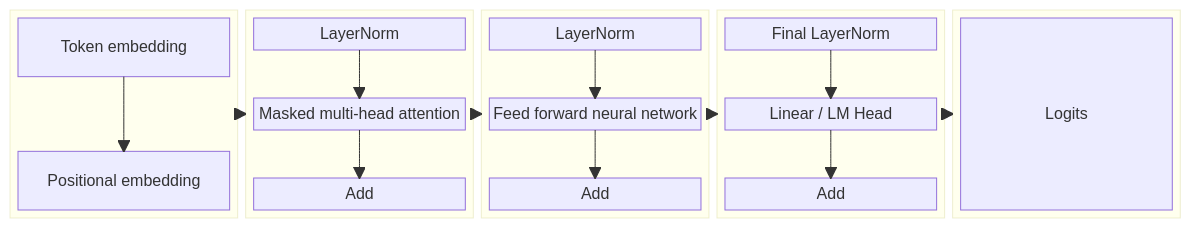
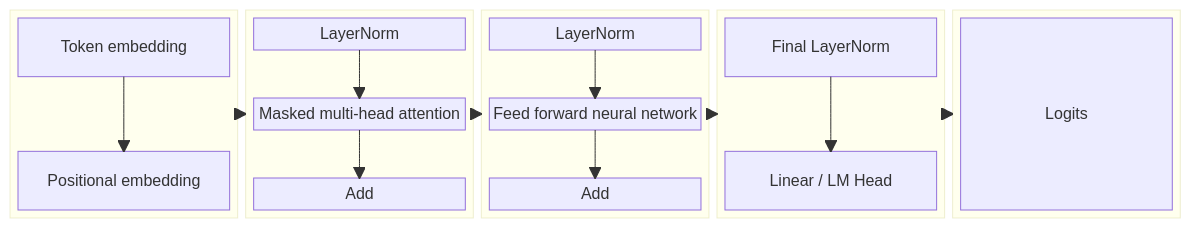
Before and after one commit to ChrisZhu2050/chriszhu2050.github.io: diagram 19 of 19 in index.md, drawn with Mermaid.

````diff
--- a/index.md
+++ b/index.md
@@ -532,44 +532,44 @@
       ```mermaid
           block
           columns 5
           block:group1:1
             columns 1
             a["Token embedding"] space
             b["Positional embedding"]
             
           end
           block:group2:1
             columns 1
             c1["LayerNorm"] space
             c2["Masked multi-head attention"] space
             c3["Add"]
           end
           block:group3:1
             columns 1
             d["LayerNorm"] space
             e["Feed forward neural network"] space
             h["Add"]
           end
           block:group4:1
             columns 1
             f["Final LayerNorm"] space
-            g["Linear / LM Head"] space
-            g1["Add"]
+            g["Linear / LM Head"] 
+
           end
           block:group5:1
             columns 1
             Logits
           end
           a --> b
           c1 --> c2
           c2 --> c3
           d --> e
           e --> h
           f --> g
-          g --> g1
+
           group1 --> group2
           group2 --> group3
           group3 --> group4
           group4 --> group5
 
       ```
````
